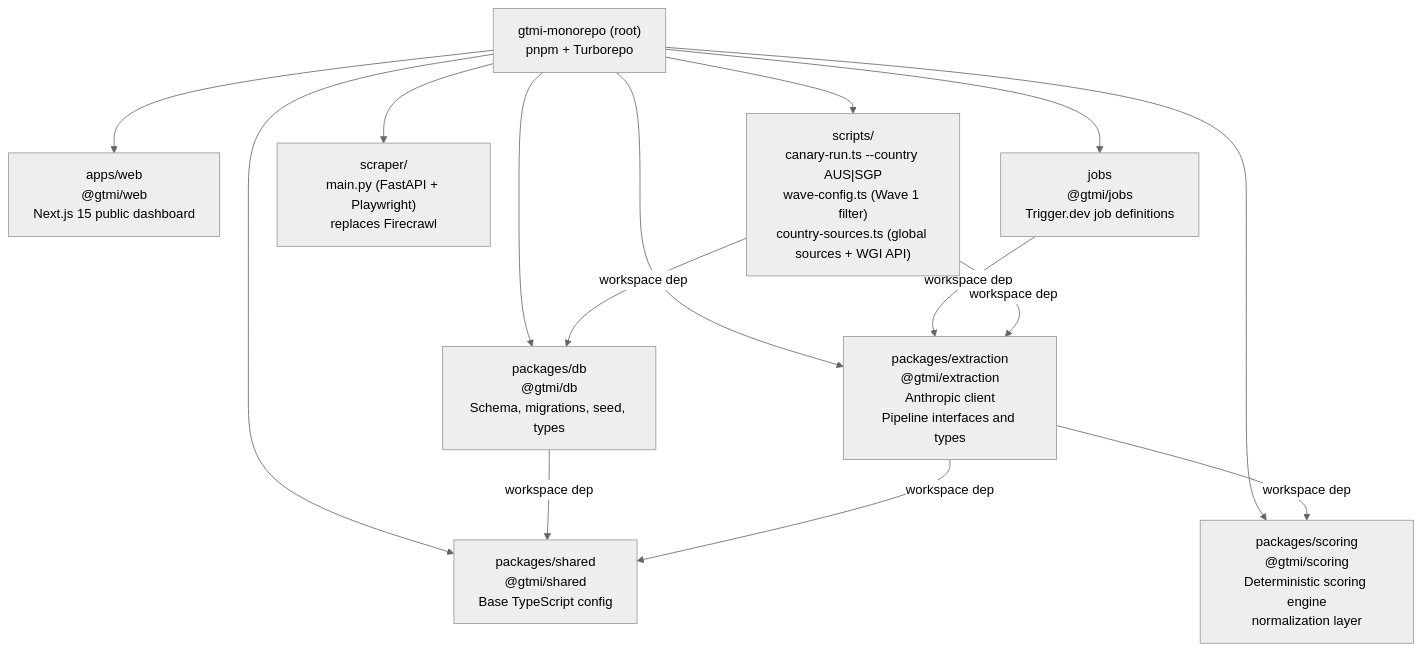
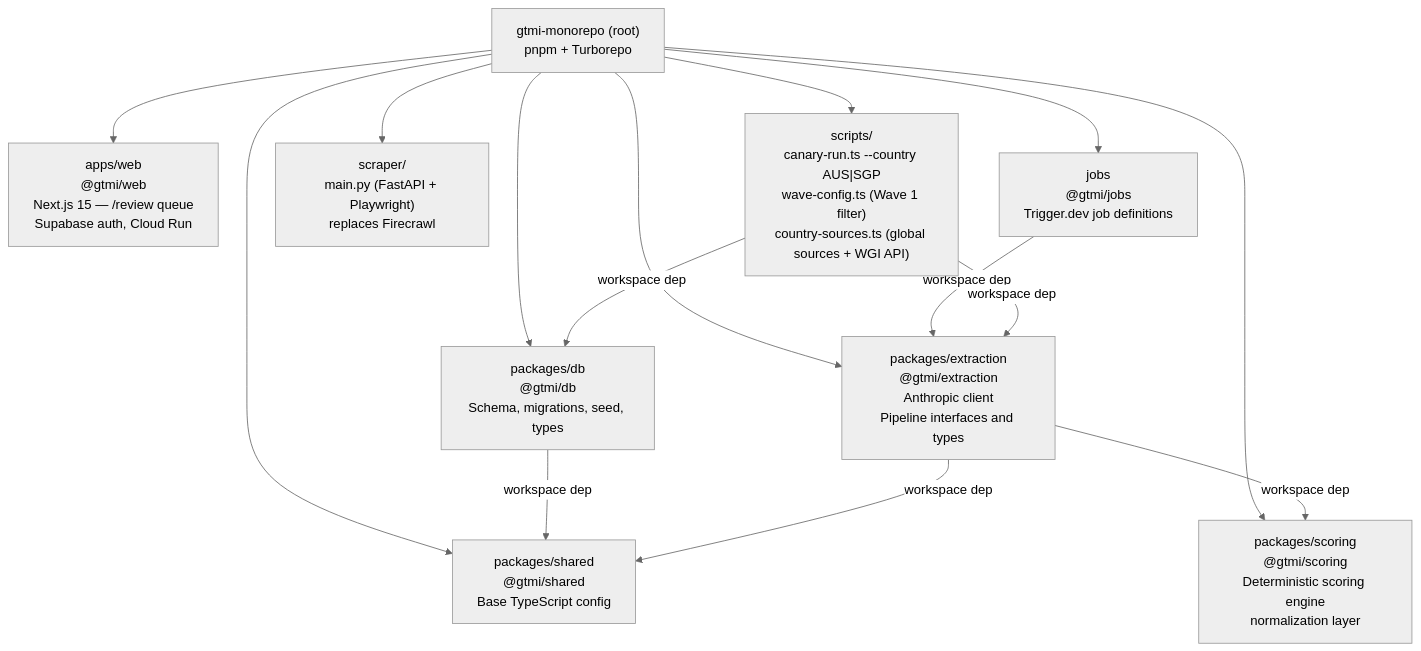
The first of 3 diagrams in docs/architecture.md (onetwothreefour1234onetwothreefour/gtmi), drawn with Mermaid (neutral theme) before and after one commit. The commit also changed other lines of this file and 2 other files, not shown here.

First line of the commit message:
docs: refresh BRIEF / METHODOLOGY / architecture for Phase 2 close-out

````diff
--- a/docs/architecture.md
+++ b/docs/architecture.md
@@ -15,29 +15,29 @@
 ```mermaid
 graph TD
     root["gtmi-monorepo (root)\npnpm + Turborepo"]
 
-    web["apps/web\n@gtmi/web\nNext.js 15 public dashboard"]
+    web["apps/web\n@gtmi/web\nNext.js 15 — /review queue\nSupabase auth, Cloud Run"]
     db["packages/db\n@gtmi/db\nSchema, migrations, seed, types"]
     extraction["packages/extraction\n@gtmi/extraction\nAnthropic client\nPipeline interfaces and types"]
     scoring["packages/scoring\n@gtmi/scoring\nDeterministic scoring engine\nnormalization layer"]
     shared["packages/shared\n@gtmi/shared\nBase TypeScript config"]
     jobs["jobs\n@gtmi/jobs\nTrigger.dev job definitions"]
     scraper["scraper/\nmain.py (FastAPI + Playwright)\nreplaces Firecrawl"]
     scripts["scripts/\ncanary-run.ts --country AUS|SGP\nwave-config.ts (Wave 1 filter)\ncountry-sources.ts (global sources + WGI API)"]
 
     root --> web
     root --> db
     root --> extraction
     root --> scoring
     root --> shared
     root --> jobs
     root --> scraper
     root --> scripts
 
     jobs -->|workspace dep| extraction
     extraction -->|workspace dep| scoring
     db -->|workspace dep| shared
     extraction -->|workspace dep| shared
     scripts -->|workspace dep| extraction
     scripts -->|workspace dep| db
 ```
````
